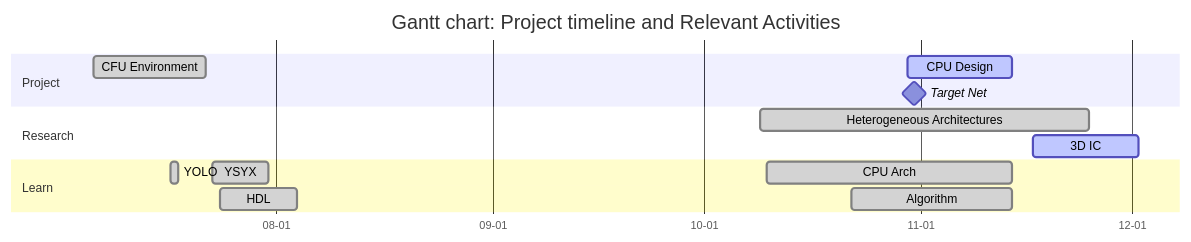
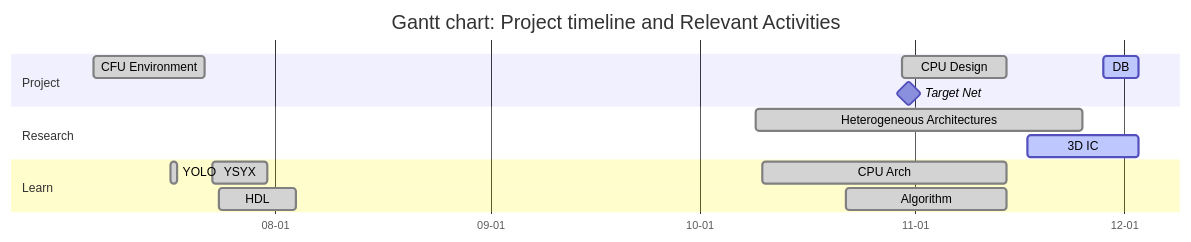
Before and after one commit to Marcobisky/Marcobisky.github.io: the first of 2 diagrams in tinyml/index.qmd, drawn with Mermaid. The commit also changed other lines of this file and 7 other files, not shown here.

````diff
--- a/tinyml/index.qmd
+++ b/tinyml/index.qmd
@@ -48,32 +48,33 @@
 ```{mermaid}
 ---
 displayMode: compact
 ---
 %%| label: fig-timeline
 %%| fig-cap: "Gantt Chart"
 %%| fig-width: 10
 %%| fig-height: 6
 
 gantt
     title Gantt chart: Project timeline and Relevant Activities
     dateFormat  YYYY-MM-DD
     axisFormat  %m-%d
     tickInterval 14d
 
     section Project
         CFU Environment :done, 2025-07-06, 2025-07-22
         Target Net :milestone, 2025-10-31, 0d
-        CPU Design :active, 2025-10-30, 2025-11-14
+        CPU Design :done, 2025-10-30, 2025-11-14
+        DB :active, 2025-11-28, 2025-12-03
 
     section Research
         Heterogeneous Architectures :done, 2025-10-09, 2025-11-25
-        3D IC :active, 2025-11-17, 2025-12-02
+        3D IC :active, 2025-11-17, 2025-12-03
 
     section Learn
         YSYX :done, 2025-07-23, 2025-07-31
         HDL :done, 2025-07-24, 2025-08-04
         YOLO :done, 2025-07-17, 1d
         CPU Arch :done, 2025-10-10, 2025-11-14
         Algorithm :done, 2025-10-22, 2025-11-14
 
 ```
````
